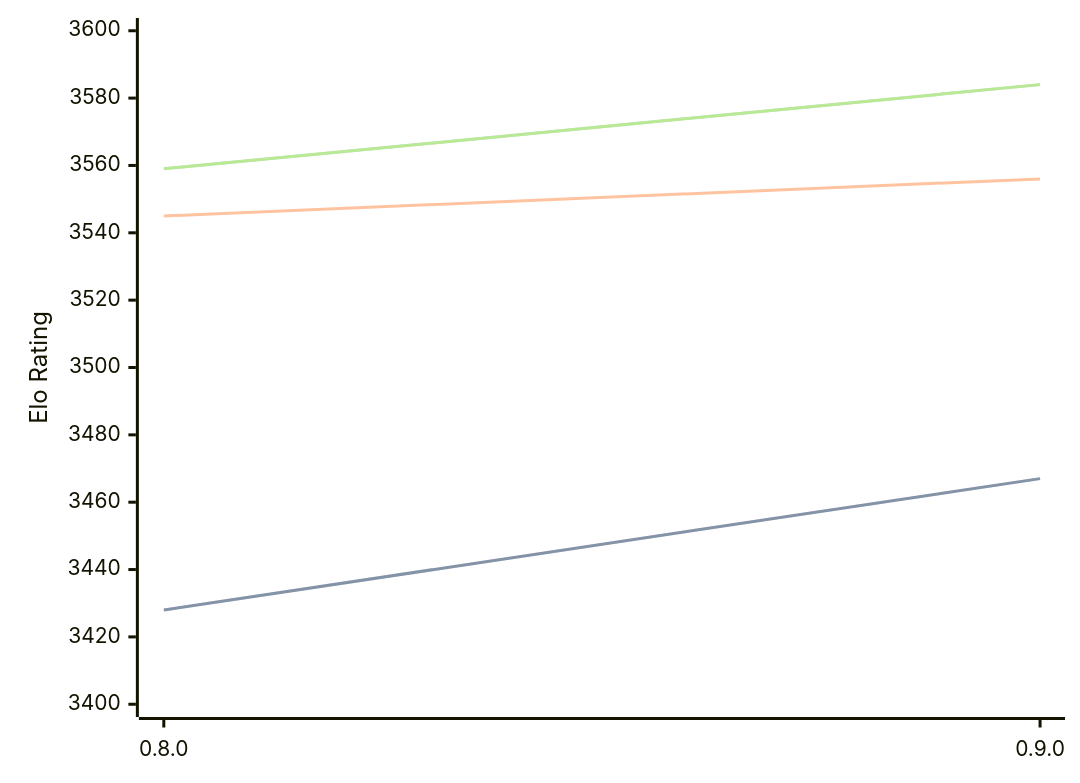
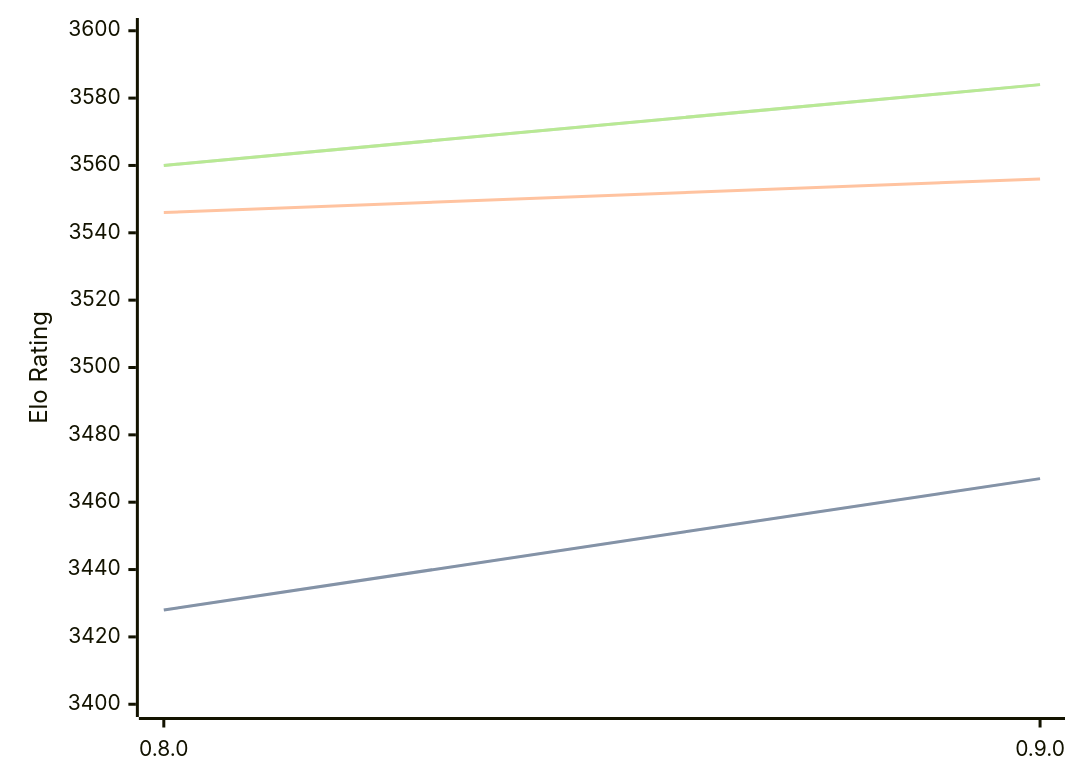
Before and after one commit to computer-chess-index/cci: the third of 3 diagrams in engines/Reckless.md, drawn with Mermaid. The commit also changed other lines of this file, not shown here.

Commit message:
Update CCI Ratings (ELO VLTC) - 2026-06-24

````diff
--- a/engines/Reckless.md
+++ b/engines/Reckless.md
@@ -72,11 +72,11 @@
 ```mermaid
 %%{init: {"theme":"base","themeVariables":{"seriesColors:['#a3a3a3','#222221','#faa371']}}}%%
 xychart-beta
   x-axis ["0.8.0", "0.9.0"]
   y-axis "Elo Rating" 3400 --> 3600
   line "STC (8.0+0.08s)" [3428, 3467]
   line "STC (8.0+0.08s)" [3428, 3467]
-  line "LTC (60.0+0.60s)" [3545, 3556]
-  line "VLTC (2m24s+1.12s)" [3559, 3584]
-  line "VLTC (2m24s+1.12s)" [3559, 3584]
+  line "LTC (60.0+0.60s)" [3546, 3556]
+  line "VLTC (2m24s+1.12s)" [3560, 3584]
+  line "VLTC (2m24s+1.12s)" [3560, 3584]
 ```
````
